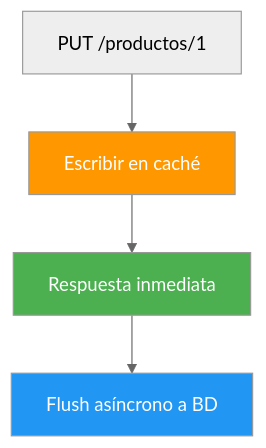
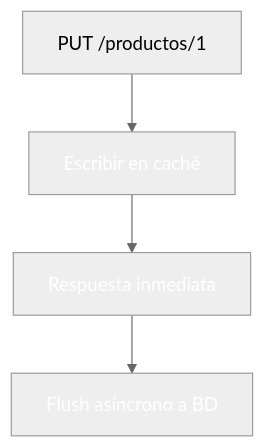
Before and after one commit to joseluisgs/DesarrolloWebEntornosServidor-02-2026-2027: the tenth of 17 diagrams in 14-cache-redis.md, drawn with Mermaid (neutral theme). The commit also changed other lines of this file and 41 other files, not shown here.

````diff
--- a/14-cache-redis.md
+++ b/14-cache-redis.md
@@ -358,9 +358,9 @@
 ```mermaid
 flowchart TD
     A["PUT /productos/1"] --> B["Escribir en caché"]
     B --> C["Respuesta inmediata"]
     C --> D["Flush asíncrono a BD"]
-    style B fill:#FF9800,color:#fff
-    style C fill:#4CAF50,color:#fff
-    style D fill:#2196F3,color:#fff
+    style B fill:#FF980,color:#fff0,color:#fff
+    style C fill:#4CAF5,color:#fff0,color:#fff
+    style D fill:#2196F,color:#fff3,color:#fff
 ```
````
